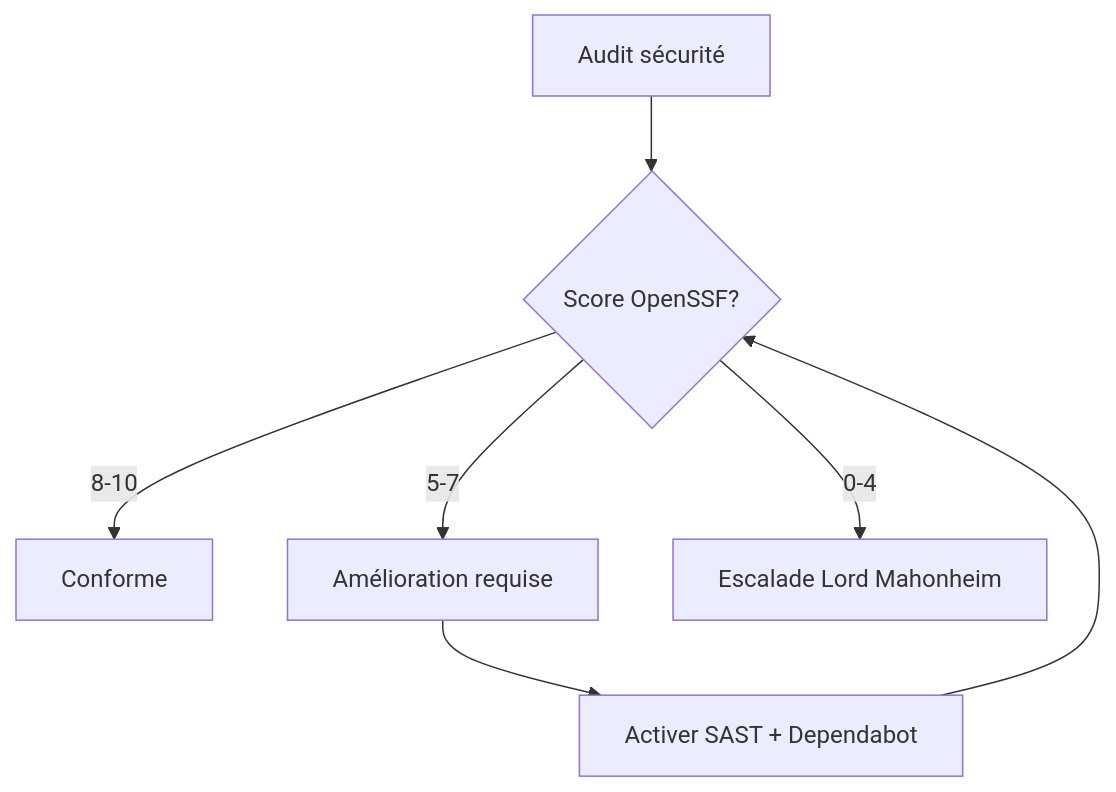
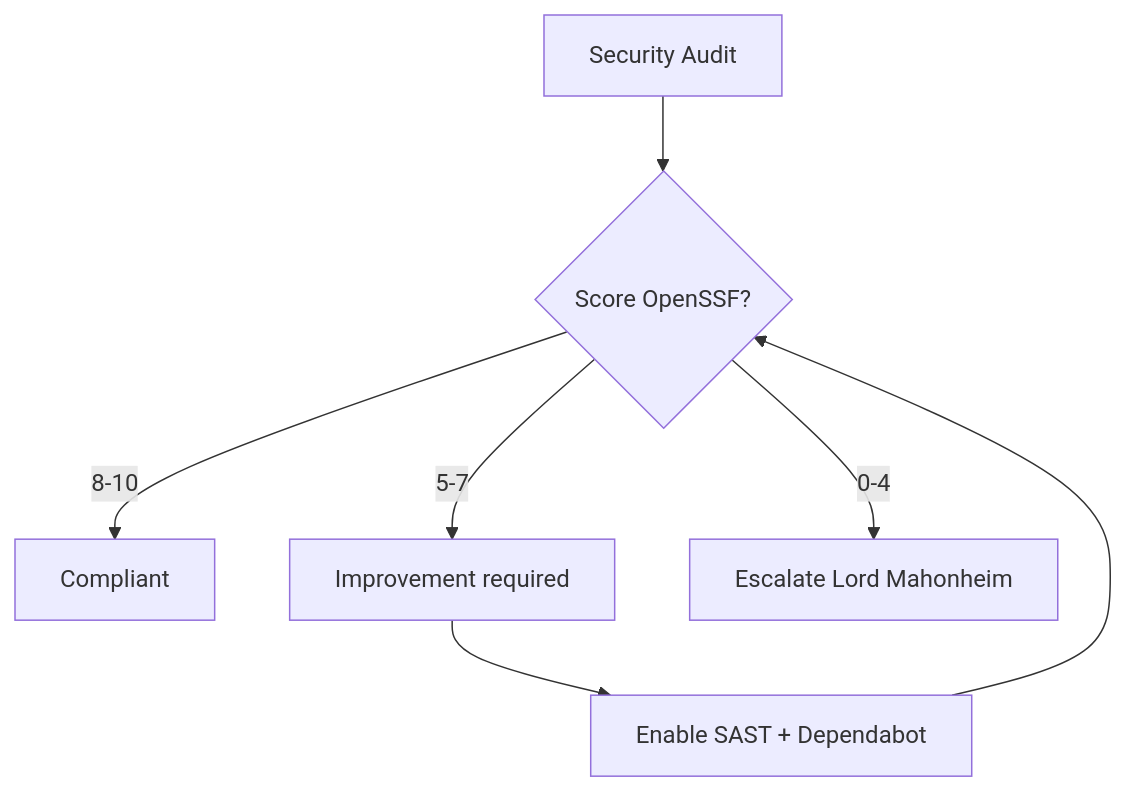
Before and after one commit to lordmahonheim-bot/Tesla-Antigravity-CLI: the third of 7 diagrams in 09-Github-Governance/SKILL.md, drawn with Mermaid. The commit also changed other lines of this file and 14 other files, not shown here.

````diff
--- a/09-Github-Governance/SKILL.md
+++ b/09-Github-Governance/SKILL.md
@@ -317,9 +319,9 @@
 ```mermaid
 graph TD
-    A[Audit sécurité] --> B{Score OpenSSF?}
-    B -->|8-10| C[Conforme]
-    B -->|5-7| D[Amélioration requise]
-    B -->|0-4| E[Escalade Lord Mahonheim]
-    D --> F[Activer SAST + Dependabot]
+    A[Security Audit] --> B{Score OpenSSF?}
+    B -->|8-10| C[Compliant]
+    B -->|5-7| D[Improvement required]
+    B -->|0-4| E[Escalate Lord Mahonheim]
+    D --> F[Enable SAST + Dependabot]
     F --> B
 ```
````
